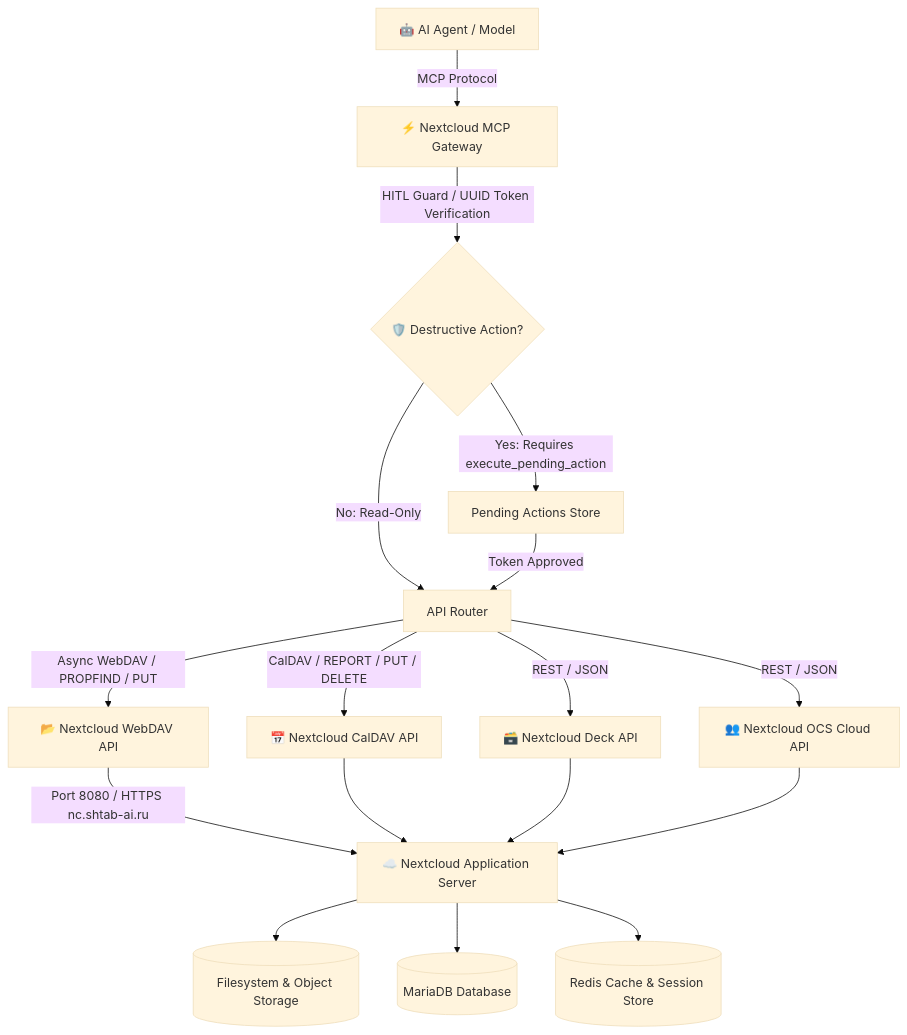
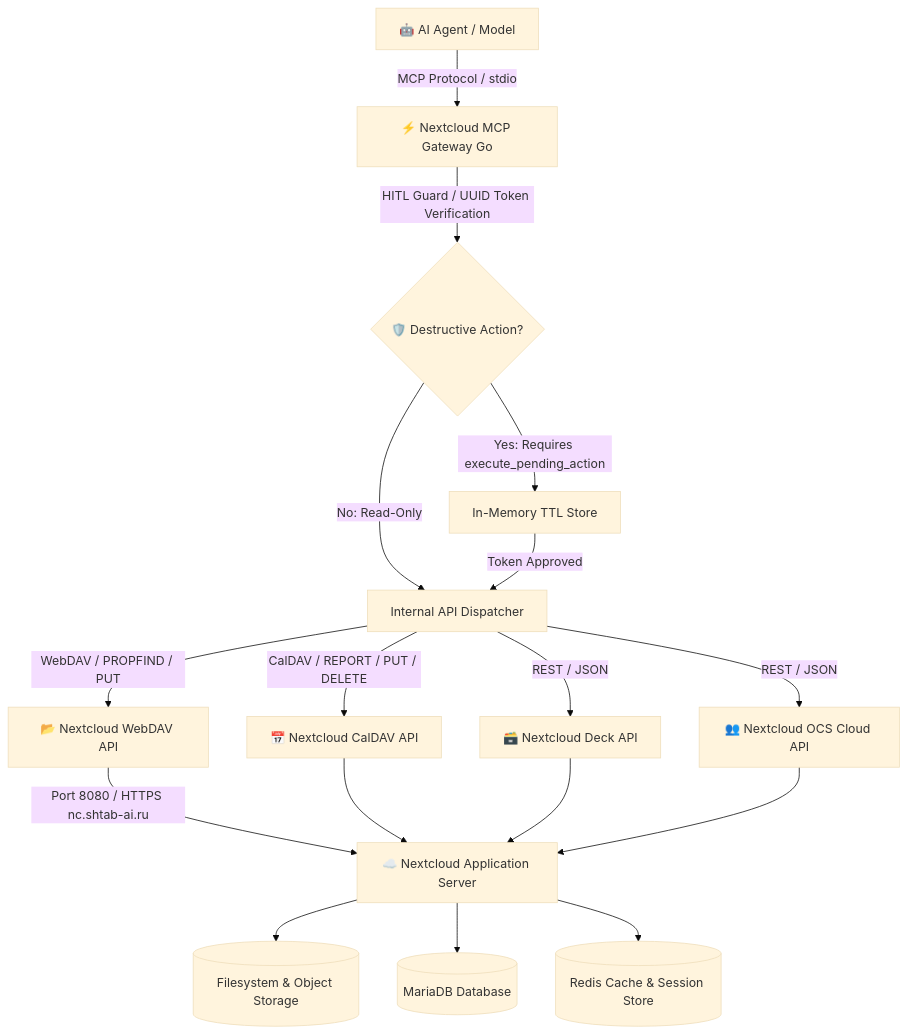
The first of 3 diagrams in ARCHITECTURE.md (TheNovaNodes/nextcloud-mcp-gateway), drawn with Mermaid (base theme) before and after one commit. The commit also changed other lines of this file and 30 other files, not shown here.

Commit message:
feat: complete rewrite in Go 1.22+, static binary architecture, and full documentation synchronization (#16)

````diff
--- a/ARCHITECTURE.md
+++ b/ARCHITECTURE.md
@@ -9,22 +9,22 @@
 ```mermaid
 graph TD
-    Agent[🤖 AI Agent / Model] -->|MCP Protocol| FastMCP[⚡ Nextcloud MCP Gateway]
-    FastMCP -->|HITL Guard / UUID Token Verification| Guard{🛡️ Destructive Action?}
-    Guard -->|No: Read-Only| API_Router[API Router]
-    Guard -->|Yes: Requires execute_pending_action| Pending[Pending Actions Store]
+    Agent[🤖 AI Agent / Model] -->|MCP Protocol / stdio| GoMCP[⚡ Nextcloud MCP Gateway Go]
+    GoMCP -->|HITL Guard / UUID Token Verification| Guard{🛡️ Destructive Action?}
+    Guard -->|No: Read-Only| API_Router[Internal API Dispatcher]
+    Guard -->|Yes: Requires execute_pending_action| Pending[In-Memory TTL Store]
     Pending -->|Token Approved| API_Router
     
-    API_Router -->|Async WebDAV / PROPFIND / PUT| WebDAV[📂 Nextcloud WebDAV API]
+    API_Router -->|WebDAV / PROPFIND / PUT| WebDAV[📂 Nextcloud WebDAV API]
     API_Router -->|CalDAV / REPORT / PUT / DELETE| CalDAV[📅 Nextcloud CalDAV API]
     API_Router -->|REST / JSON| Deck[🗃️ Nextcloud Deck API]
     API_Router -->|REST / JSON| OCS[👥 Nextcloud OCS Cloud API]
     
     WebDAV -->|Port 8080 / HTTPS nc.shtab-ai.ru| Nextcloud[☁️ Nextcloud Application Server]
     CalDAV --> Nextcloud
     Deck --> Nextcloud
     OCS --> Nextcloud
     
     Nextcloud --> Storage[(Filesystem & Object Storage)]
     Nextcloud --> DB[(MariaDB Database)]
     Nextcloud --> Cache[(Redis Cache & Session Store)]
 ```
````
